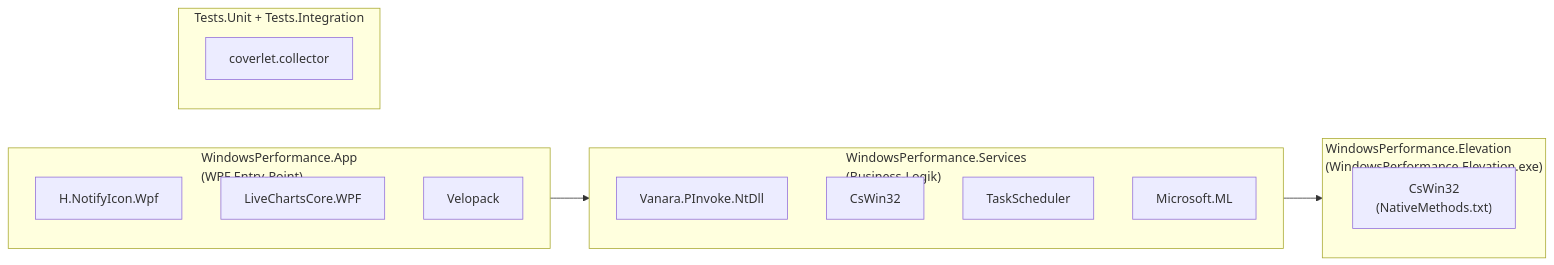
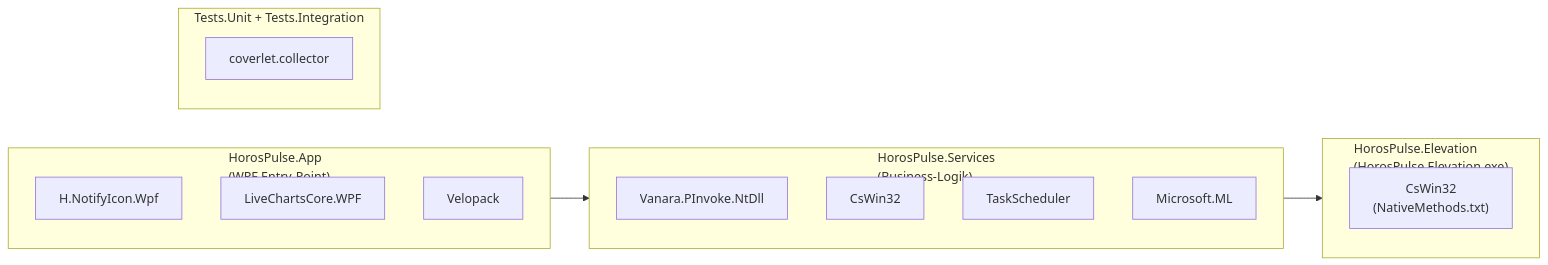
The second of 2 diagrams in docs/features/planning-todo-scan-externe-repos/04-architektur.md (HorosCloudOfficial/HorosPulse), drawn with Mermaid before and after one commit. The commit also changed other lines of this file and 522 other files, not shown here.

First line of the commit message:
Rebrand WindowsPerformance to HorosPulse (HorosCode ecosystem).

````diff
--- a/docs/features/planning-todo-scan-externe-repos/04-architektur.md
+++ b/docs/features/planning-todo-scan-externe-repos/04-architektur.md
@@ -68,26 +68,26 @@
 ```mermaid
 flowchart LR
-    subgraph App["WindowsPerformance.App\n(WPF Entry-Point)"]
+    subgraph App["HorosPulse.App\n(WPF Entry-Point)"]
         HNI2["H.NotifyIcon.Wpf"]
         LVC2["LiveChartsCore.WPF"]
         VLP2["Velopack"]
     end
 
-    subgraph Svc["WindowsPerformance.Services\n(Business-Logik)"]
+    subgraph Svc["HorosPulse.Services\n(Business-Logik)"]
         VAN2["Vanara.PInvoke.NtDll"]
         CSW2["CsWin32"]
         TSL2["TaskScheduler"]
         MML2["Microsoft.ML"]
     end
 
-    subgraph Elev["WindowsPerformance.Elevation\n(WindowsPerformance.Elevation.exe)"]
+    subgraph Elev["HorosPulse.Elevation\n(HorosPulse.Elevation.exe)"]
         CSW3["CsWin32\n(NativeMethods.txt)"]
     end
 
     subgraph Tests["Tests.Unit + Tests.Integration"]
         CVL2["coverlet.collector"]
     end
 
     App --> Svc
     Svc --> Elev
 ```
````
